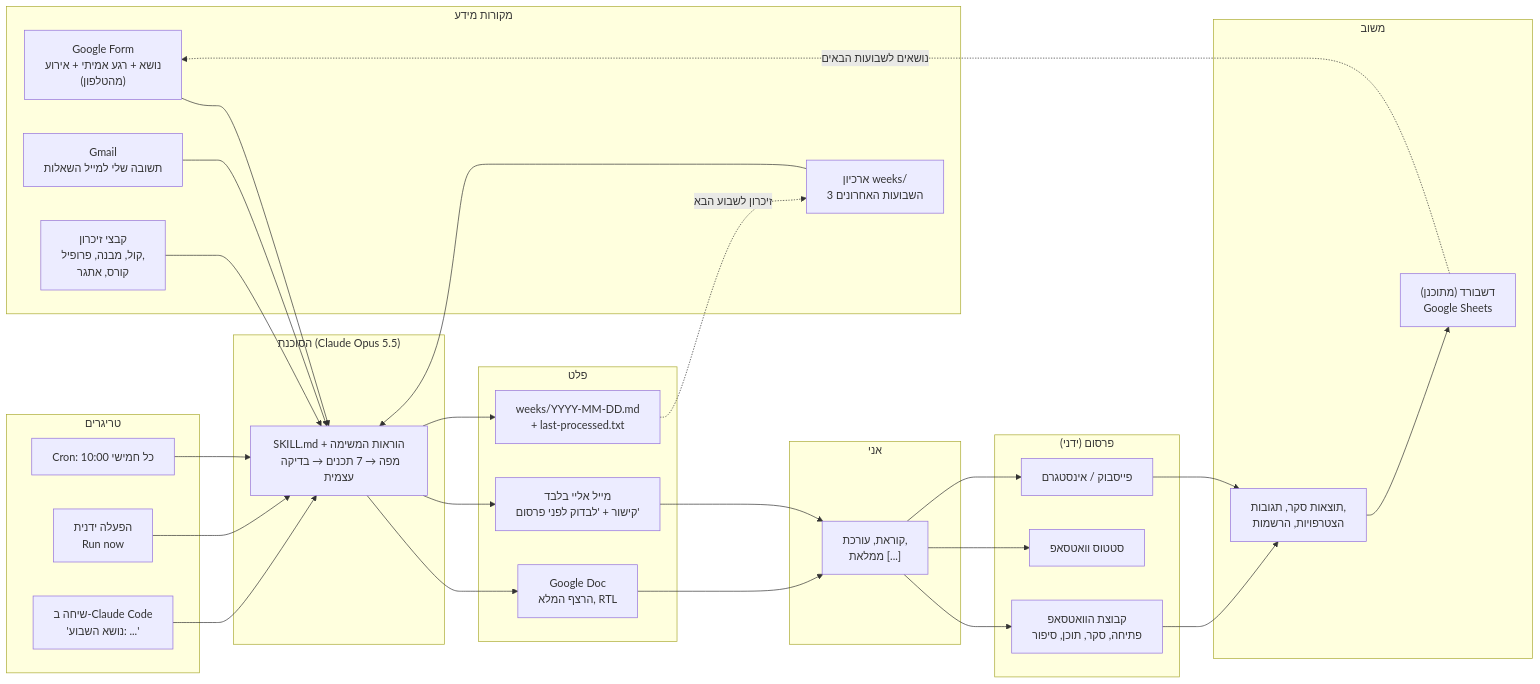
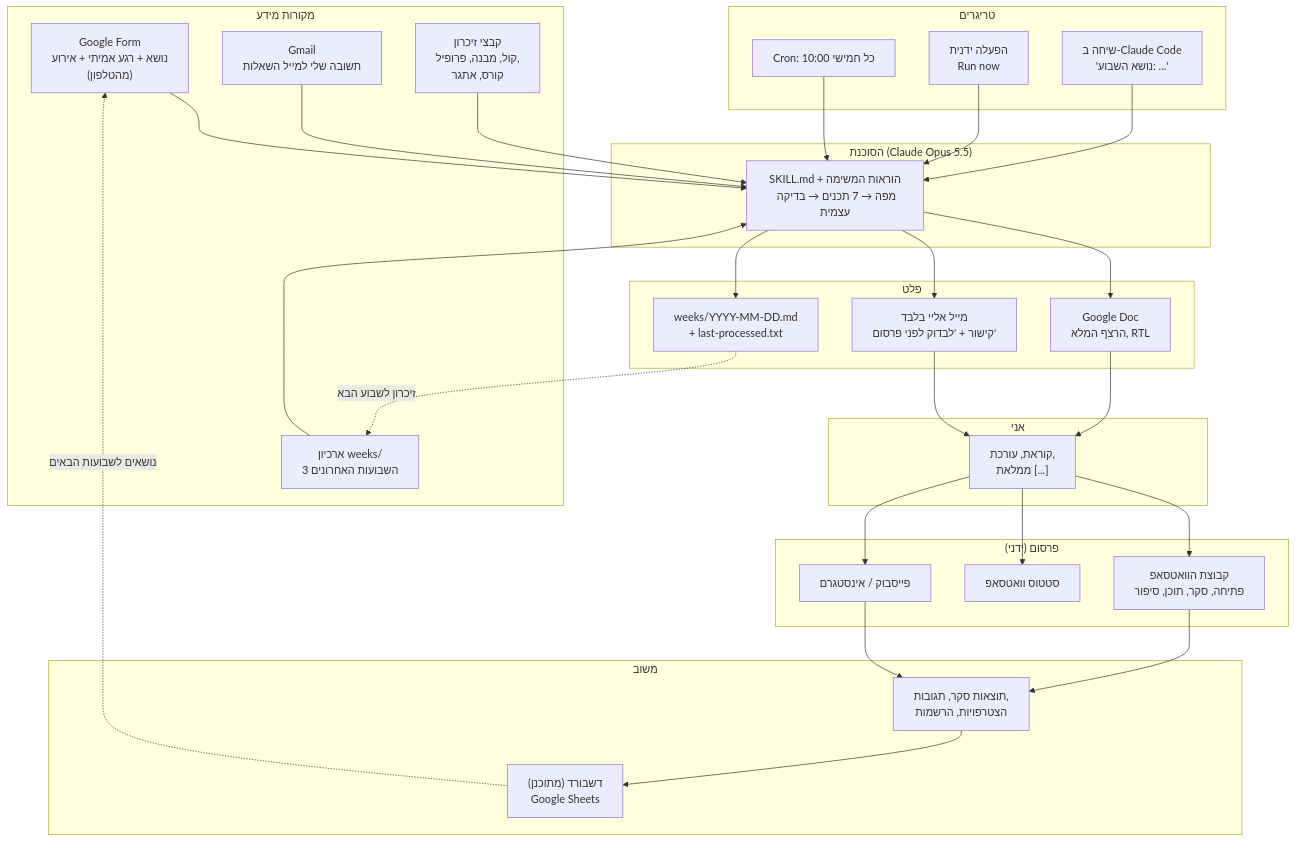
Before and after one commit to efrathattav-cloud/bocharot-beometz-agent: the first of 7 diagrams in Architecture.md, drawn with Mermaid.

Commit message:
Architecture: top-down overview diagram for readability

````diff
--- a/Architecture.md
+++ b/Architecture.md
@@ -15,54 +15,54 @@
 ```mermaid
-flowchart LR
+flowchart TB
     subgraph IN["מקורות מידע"]
         F["Google Form<br/>נושא + רגע אמיתי + אירוע<br/>(מהטלפון)"]
         R["Gmail<br/>תשובה שלי למייל השאלות"]
         M["קבצי זיכרון<br/>קול, מבנה, פרופיל,<br/>קורס, אתגר"]
         W["ארכיון weeks/<br/>3 השבועות האחרונים"]
     end
 
     subgraph TRIG["טריגרים"]
         T1["Cron: כל חמישי 10:00"]
         T2["הפעלה ידנית<br/>Run now"]
         T3["שיחה ב-Claude Code<br/>'נושא השבוע: ...'"]
     end
 
     subgraph AG["הסוכנת (Claude Opus 5.5)"]
         A["SKILL.md + הוראות המשימה<br/>מפה → 7 תכנים → בדיקה עצמית"]
     end
 
     subgraph OUT["פלט"]
         D["Google Doc<br/>הרצף המלא, RTL"]
         E["מייל אליי בלבד<br/>קישור + 'לבדוק לפני פרסום'"]
         WK["weeks/YYYY-MM-DD.md<br/>+ last-processed.txt"]
     end
 
     subgraph HUMAN["אני"]
         H["קוראת, עורכת,<br/>ממלאת [...]"]
     end
 
     subgraph PUB["פרסום (ידני)"]
         G["קבוצת הוואטסאפ<br/>פתיחה, סקר, תוכן, סיפור"]
         S["סטטוס וואטסאפ"]
         FB["פייסבוק / אינסטגרם"]
     end
 
     subgraph FBK["משוב"]
         K["תוצאות סקר, תגובות,<br/>הצטרפויות, הרשמות"]
         DB["דשבורד (מתוכנן)<br/>Google Sheets"]
     end
 
     T1 & T2 & T3 --> A
     F --> A
     R --> A
     M --> A
     W --> A
     A --> D & E & WK
     E --> H
     D --> H
     H --> G & S & FB
     G & FB --> K
     K --> DB
     DB -. "נושאים לשבועות הבאים" .-> F
     WK -. "זיכרון לשבוע הבא" .-> W
 ```
````
